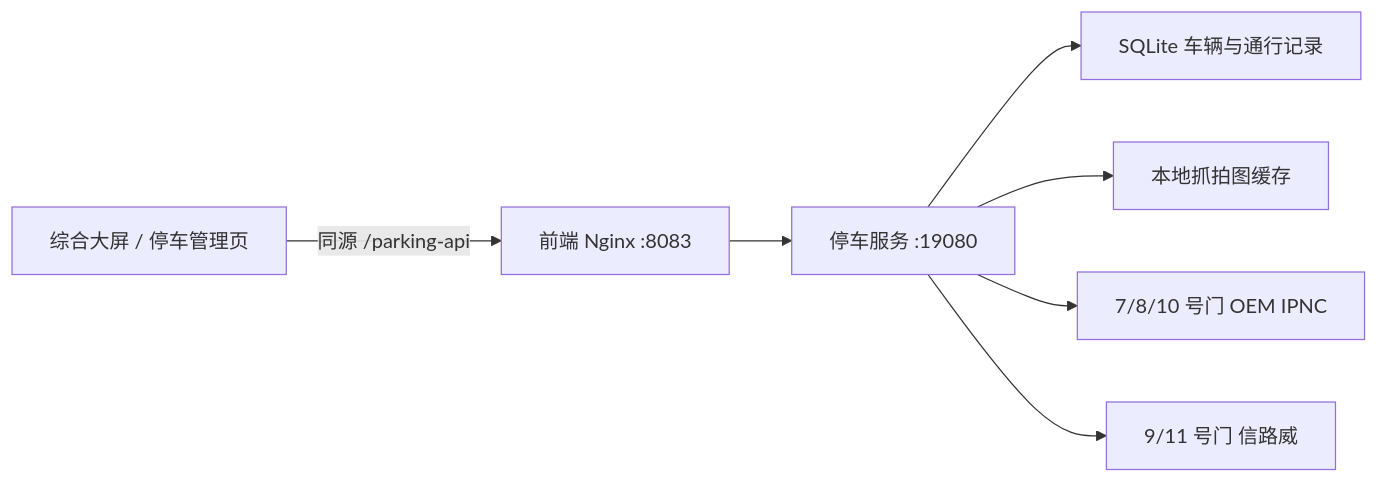
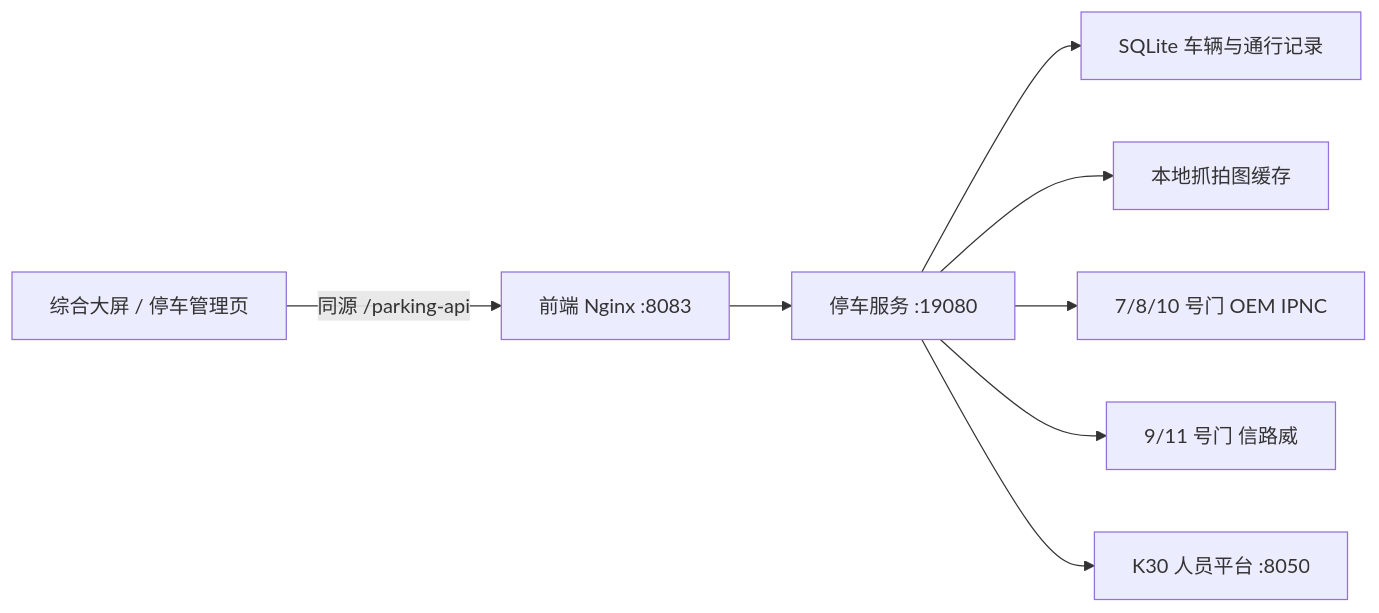
The diagram in docs/parking-system.md (yyh111222333/NgDataTwinFrontedDemo), drawn with Mermaid before and after one commit. The commit also changed other lines of this file and 12 other files, not shown here.

````diff
--- a/docs/parking-system.md
+++ b/docs/parking-system.md
@@ -5,9 +5,10 @@
 ```mermaid
 flowchart LR
   UI["综合大屏 / 停车管理页"] -->|"同源 /parking-api"| NG["前端 Nginx :8083"]
   NG --> API["停车服务 :19080"]
   API --> DB["SQLite 车辆与通行记录"]
   API --> IMG["本地抓拍图缓存"]
   API --> OEM["7/8/10 号门 OEM IPNC"]
   API --> SW["9/11 号门 信路威"]
+  API --> K30["K30 人员平台 :8050"]
 ```
````
